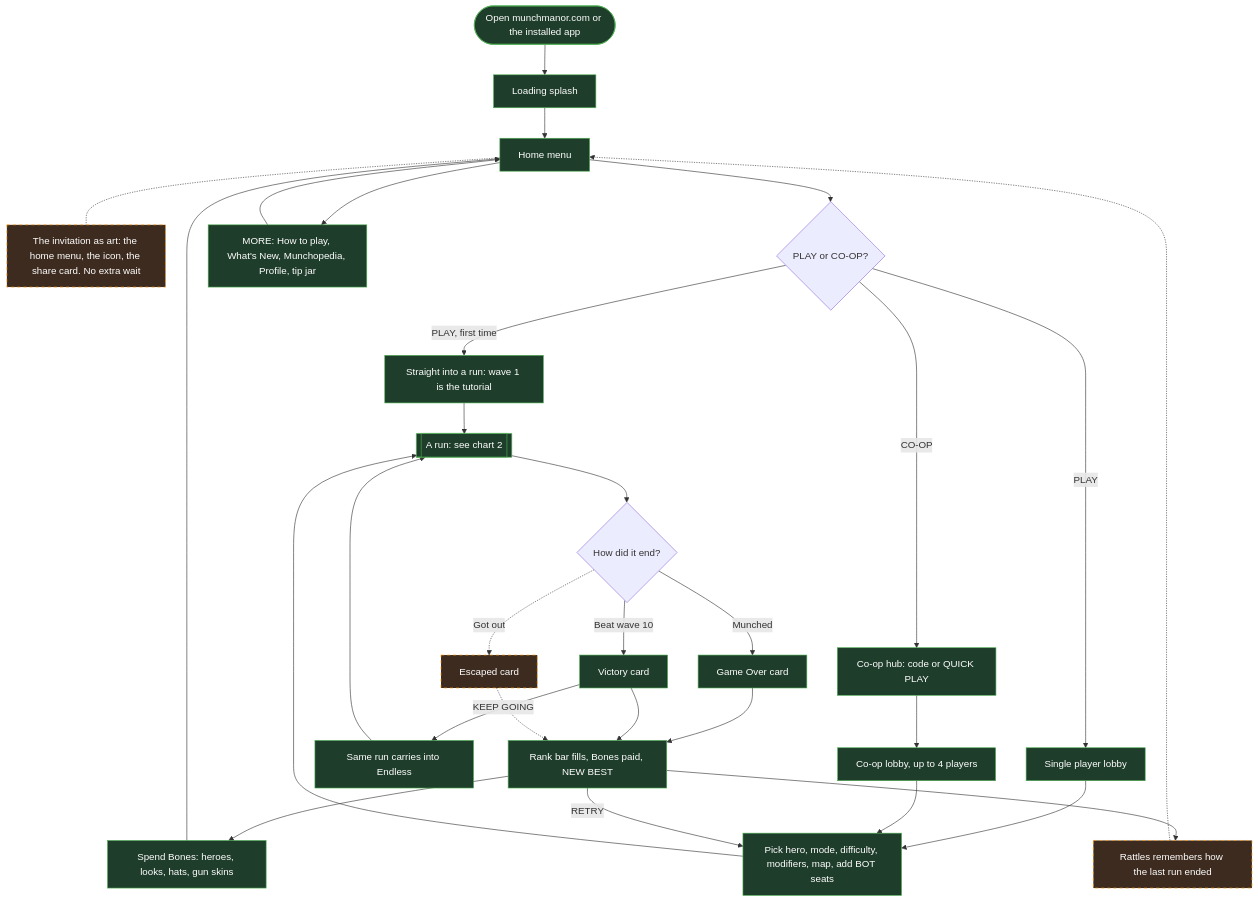
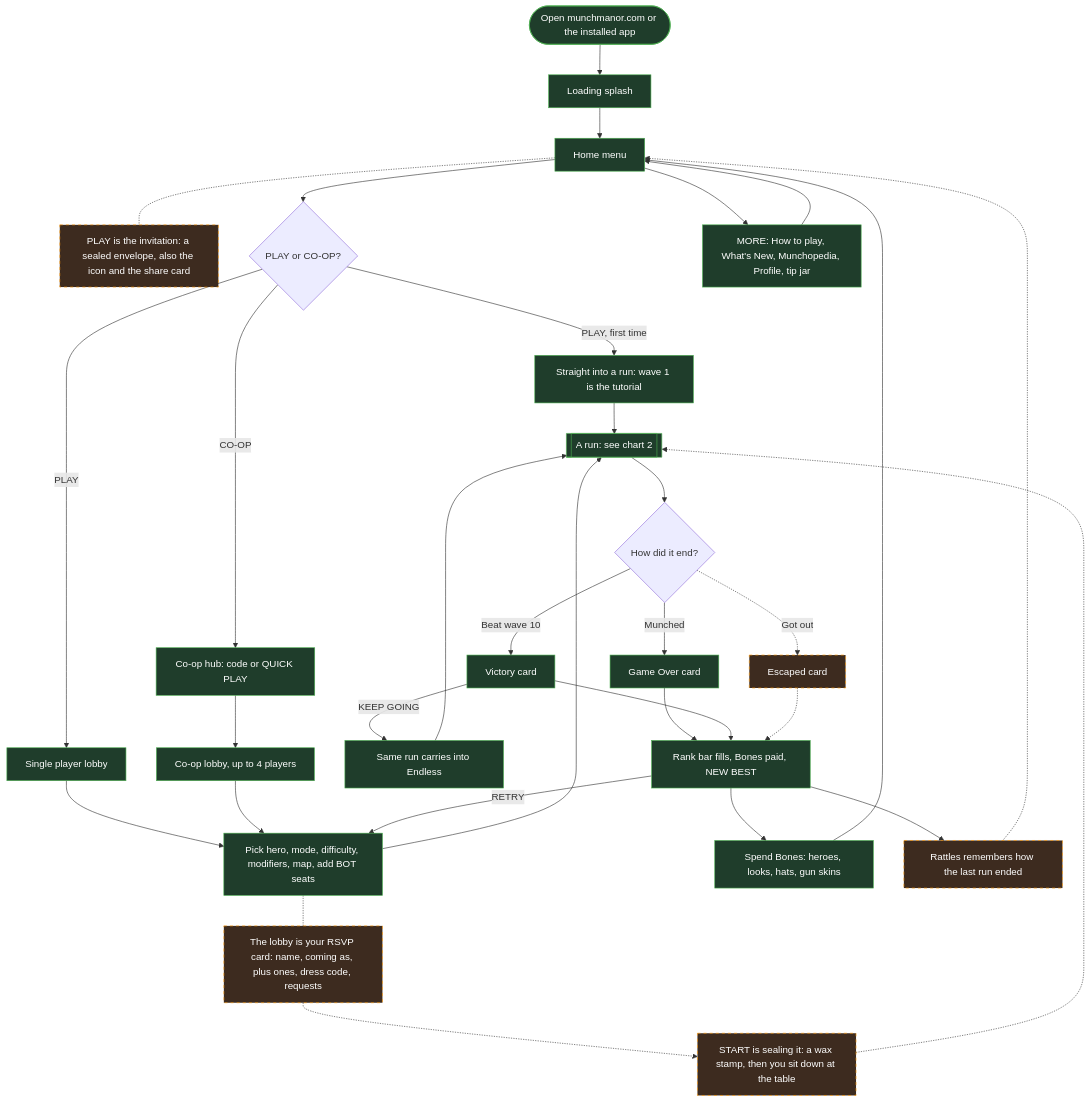
The second of 6 diagrams in FLOW.md (Tanner-Scadden/munch-manor), drawn with Mermaid before and after one commit. The commit also changed 2 other files, not shown here.

Commit message:
docs: PLAY as the invitation, and the lobby as your RSVP
The invitation had no place to live once it left the splash. PLAY becomes the sealed invitation and the lobby the RSVP card you fill in: each of today's picks is a line on the card, START stamps a wax seal, BACK regretfully declines. A reskin of the lobby, no rule change; renaming the difficulty levels is left for the owner.

````diff
--- a/FLOW.md
+++ b/FLOW.md
@@ -23,42 +23,45 @@
 ```mermaid
 flowchart TD
   link([Open munchmanor.com or the installed app]):::built --> splash[Loading splash]:::built
   splash --> home
-  home -.- invite[The invitation as art: the home menu, the icon, the share card. No extra wait]:::proposed
+  home -.- invite[PLAY is the invitation: a sealed envelope, also the icon and the share card]:::proposed
 
   home[Home menu]:::built --> playBtn{PLAY or CO-OP?}
   home --> more[MORE: How to play, What's New, Munchopedia, Profile, tip jar]:::built
   more --> home
 
   playBtn -->|PLAY, first time| tutorial[Straight into a run: wave 1 is the tutorial]:::built
   playBtn -->|PLAY| lobby[Single player lobby]:::built
   playBtn -->|CO-OP| coop[Co-op hub: code or QUICK PLAY]:::built
 
   lobby --> picks[Pick hero, mode, difficulty, modifiers, map, add BOT seats]:::built
   coop --> coopLobby[Co-op lobby, up to 4 players]:::built
   coopLobby --> picks
 
+  picks -.- rsvp[The lobby is your RSVP card: name, coming as, plus ones, dress code, requests]:::proposed
+  rsvp -.-> seal[START is sealing it: a wax stamp, then you sit down at the table]:::proposed
+  seal -.-> run
   picks --> run[[A run: see chart 2]]:::built
   tutorial --> run
 
   run --> ended{How did it end?}
   ended -->|Munched| gameOver[Game Over card]:::built
   ended -->|Beat wave 10| victory[Victory card]:::built
   ended -.->|Got out| escaped[Escaped card]:::proposed
 
   victory -->|KEEP GOING| endless[Same run carries into Endless]:::built
   endless --> run
 
   gameOver --> reward[Rank bar fills, Bones paid, NEW BEST]:::built
   victory --> reward
   escaped -.-> reward
 
   reward --> spend[Spend Bones: heroes, looks, hats, gun skins]:::built
   reward --> rattlesMemory[Rattles remembers how the last run ended]:::proposed
   spend --> home
   rattlesMemory -.-> home
   reward -->|RETRY| picks
 
   classDef built fill:#1f3d2b,stroke:#4caf50,color:#fff
   classDef proposed fill:#3d2b1f,stroke:#ff9800,color:#fff,stroke-dasharray: 5 5
 ```
````
